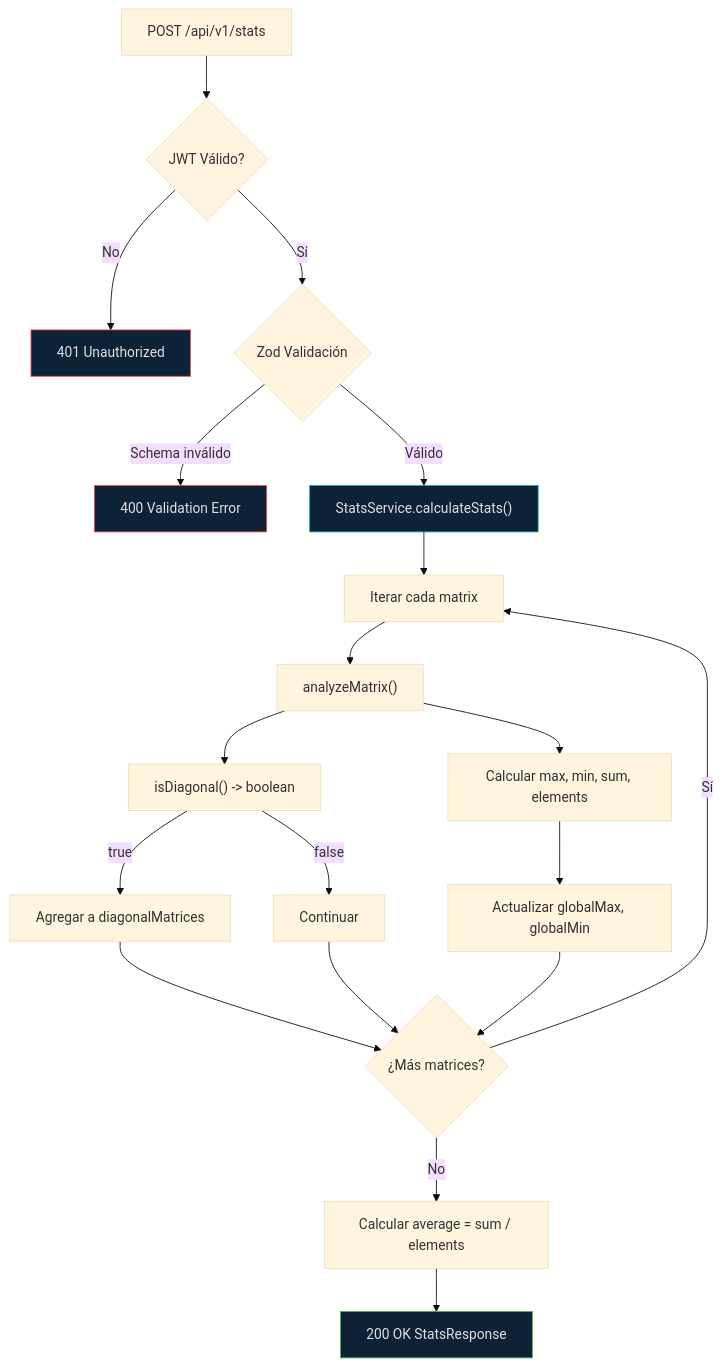
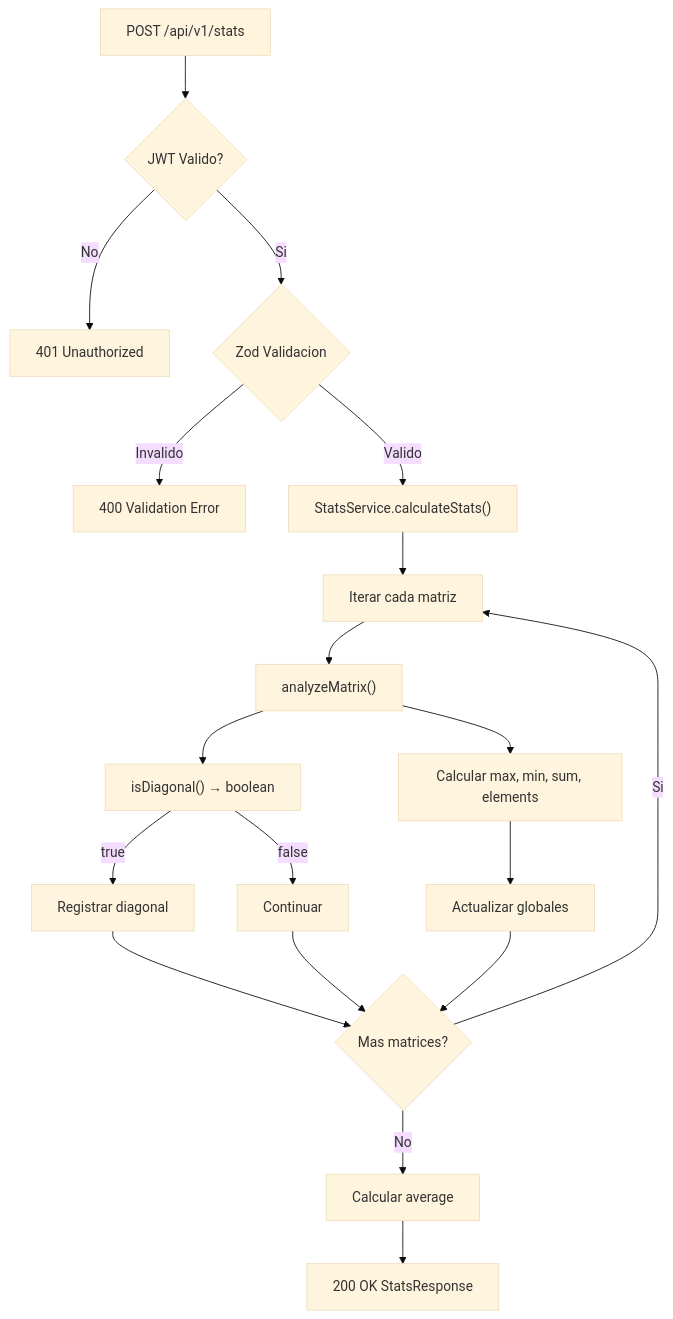
One commit to gacc94/coding-challenge changed the diagram in docs/specs/node-api/README.md. Above: the diagram before and after it, drawn with Mermaid (base theme). The commit also changed other lines of this file and 68 other files, not shown here.

````diff
--- a/docs/specs/node-api/README.md
+++ b/docs/specs/node-api/README.md
@@ -15,29 +14,24 @@
 ```mermaid
 graph TD
-    A["POST /api/v1/stats"] --> B{JWT Válido?}
+    A["POST /api/v1/stats"] --> B{JWT Valido?}
     B -->|No| C["401 Unauthorized"]
-    B -->|Sí| D{Zod Validación}
-    D -->|Schema inválido| E["400 Validation Error"]
-    D -->|Válido| F["StatsService.calculateStats()"]
-    
-    F --> G["Iterar cada matrix"]
+    B -->|Si| D{Zod Validacion}
+    D -->|Invalido| E["400 Validation Error"]
+    D -->|Valido| F["StatsService.calculateStats()"]
+
+    F --> G["Iterar cada matriz"]
     G --> H["analyzeMatrix()"]
     H --> I["Calcular max, min, sum, elements"]
-    H --> J["isDiagonal() -> boolean"]
-    
-    I --> K["Actualizar globalMax, globalMin"]
-    J -->|true| L["Agregar a diagonalMatrices"]
+    H --> J["isDiagonal() → boolean"]
+
+    I --> K["Actualizar globales"]
+    J -->|true| L["Registrar diagonal"]
     J -->|false| M["Continuar"]
-    
-    L --> N{¿Más matrices?}
+
+    L --> N{Mas matrices?}
     M --> N
     K --> N
-    N -->|Sí| G
-    N -->|No| O["Calcular average = sum / elements"]
+    N -->|Si| G
+    N -->|No| O["Calcular average"]
     O --> P["200 OK StatsResponse"]
-    
-    style F fill:#0d2137,stroke:#26a69a,color:#e0e0e0
-    style P fill:#0d2137,stroke:#4caf50,color:#e0e0e0
-    style E fill:#0d2137,stroke:#ef5350,color:#e0e0e0
-    style C fill:#0d2137,stroke:#ef5350,color:#e0e0e0
 ```
````
